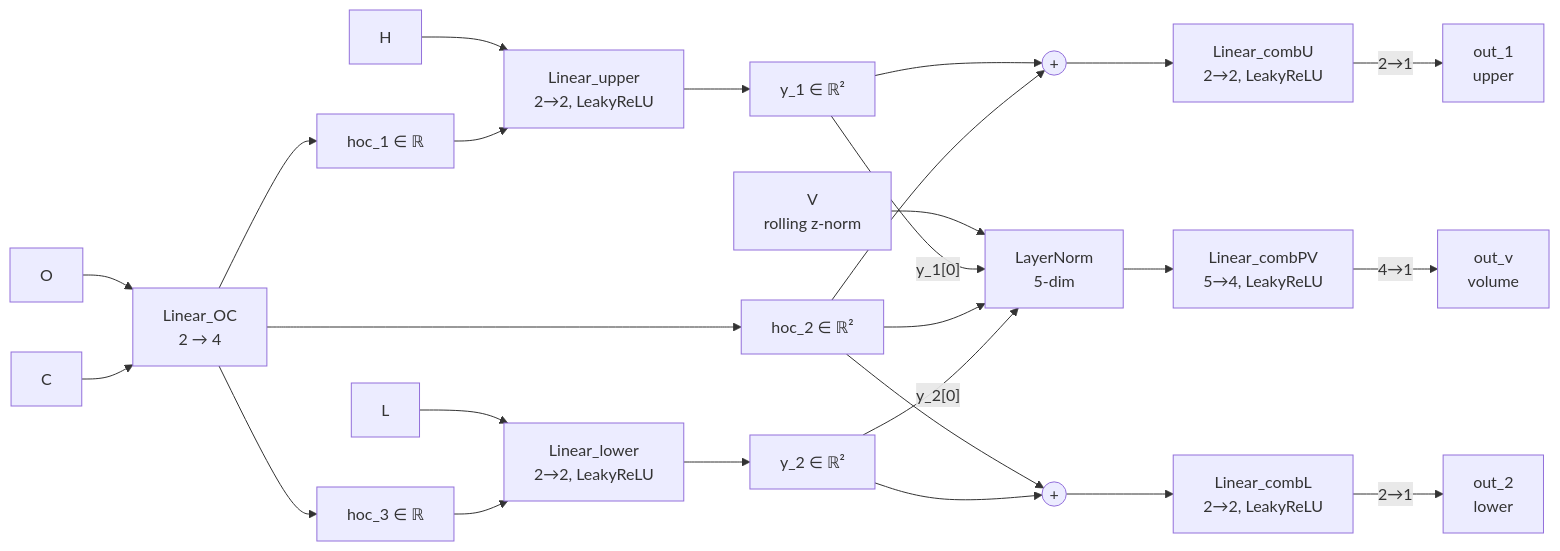
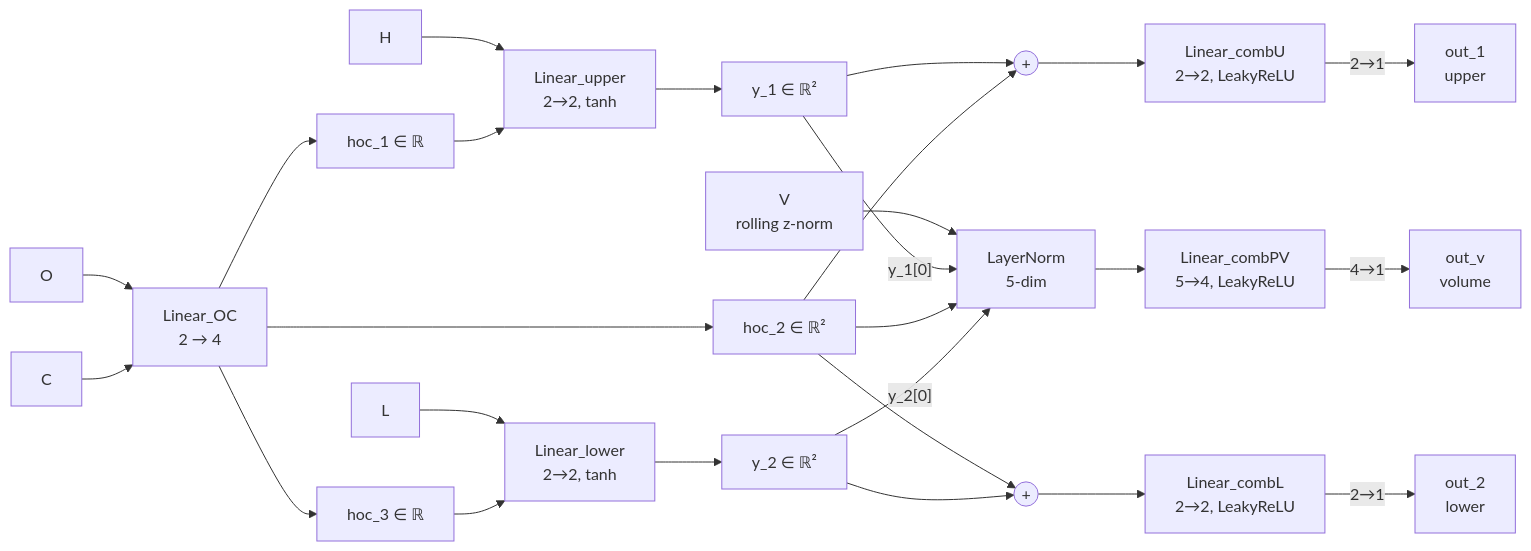
One commit to gatesplan/nnpipeline changed the diagram in Architecture - Price Receptor.md. Above: the diagram before and after it, drawn with Mermaid. The commit also changed other lines of this file and 4 other files, not shown here.

````diff
--- a/Architecture - Price Receptor.md
+++ b/Architecture - Price Receptor.md
@@ -28,32 +28,32 @@
 ```mermaid
 graph LR
-    H[H] --> linU[Linear_upper<br/>2→2, LeakyReLU]
+    H[H] --> linU[Linear_upper<br/>2→2, tanh]
     O[O] --> linOC["Linear_OC<br/>2 → 4"]
     C[C] --> linOC
-    L[L] --> linL[Linear_lower<br/>2→2, LeakyReLU]
+    L[L] --> linL[Linear_lower<br/>2→2, tanh]
     V[V<br/>rolling z-norm] --> bnPV
 
     linOC --> hoc1["hoc_1 ∈ ℝ"]
     linOC --> hoc2["hoc_2 ∈ ℝ²"]
     linOC --> hoc3["hoc_3 ∈ ℝ"]
     hoc1 --> linU
     hoc3 --> linL
     linU --> y1["y_1 ∈ ℝ²"]
     linL --> y2["y_2 ∈ ℝ²"]
 
     y1 --> addU(("+"))
     hoc2 --> addU
     hoc2 --> addL(("+"))
     y2 --> addL
     addU --> combU[Linear_combU<br/>2→2, LeakyReLU]
     addL --> combL[Linear_combL<br/>2→2, LeakyReLU]
 
     y1 -- "y_1[0]" --> bnPV[LayerNorm<br/>5-dim]
     hoc2 --> bnPV
     y2 -- "y_2[0]" --> bnPV
     bnPV --> combPV[Linear_combPV<br/>5→4, LeakyReLU]
 
     combU -- "2→1" --> out1[out_1<br/>upper]
     combL -- "2→1" --> out2[out_2<br/>lower]
     combPV -- "4→1" --> outv[out_v<br/>volume]
 ```
````
